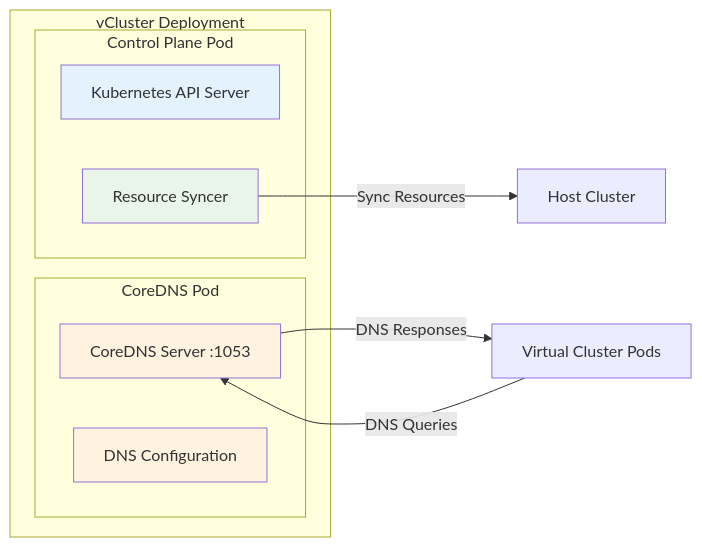
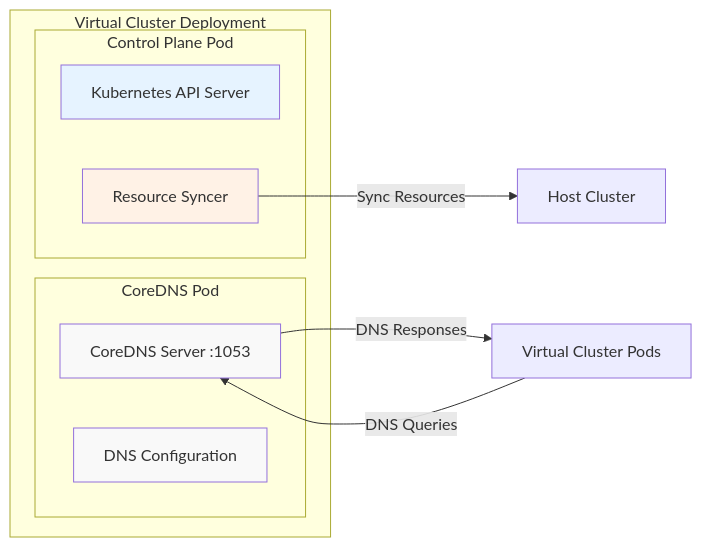
The first of 4 diagrams in vcluster/configure/vcluster-yaml/control-plane/components/coredns.mdx (loft-sh/vcluster-docs), drawn with Mermaid before and after one commit. The commit also changed other lines of this file, not shown here.

````diff
--- a/vcluster/configure/vcluster-yaml/control-plane/components/coredns.mdx
+++ b/vcluster/configure/vcluster-yaml/control-plane/components/coredns.mdx
@@ -54,23 +45,23 @@
 ```mermaid
 graph LR
-    subgraph "vCluster Deployment"
+    subgraph "Virtual Cluster Deployment"
         subgraph "Control Plane Pod"
             A[Kubernetes API Server]
             B[Resource Syncer]
         end
         
         subgraph "CoreDNS Pod"
             C[CoreDNS Server :1053]
             D[DNS Configuration]
         end
     end
     
     E[Virtual Cluster Pods] -->|DNS Queries| C
     C -->|DNS Responses| E
     B -->|Sync Resources| F[Host Cluster]
     
-    style A fill:#e3f2fd
-    style B fill:#e8f5e8
-    style C fill:#fff3e0
-    style D fill:#fff3e0
+    style A fill:#e6f3ff
+    style B fill:#fff2e6
+    style C fill:#f9f9f9
+    style D fill:#f9f9f9
 ```
````
